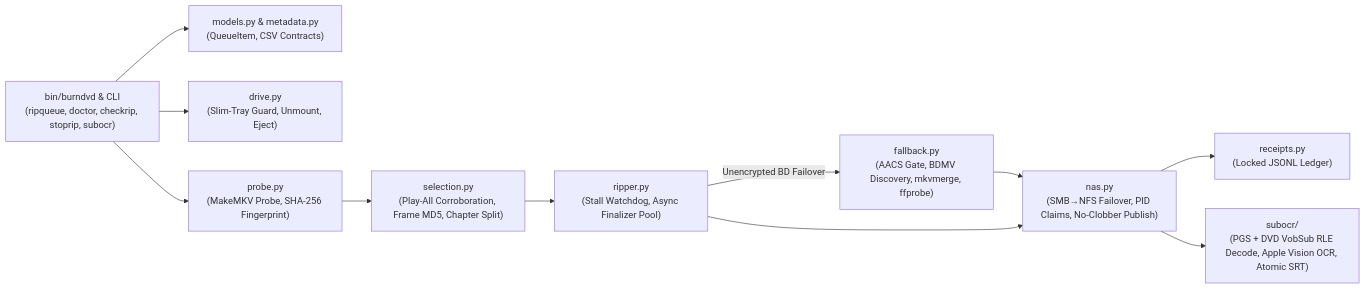
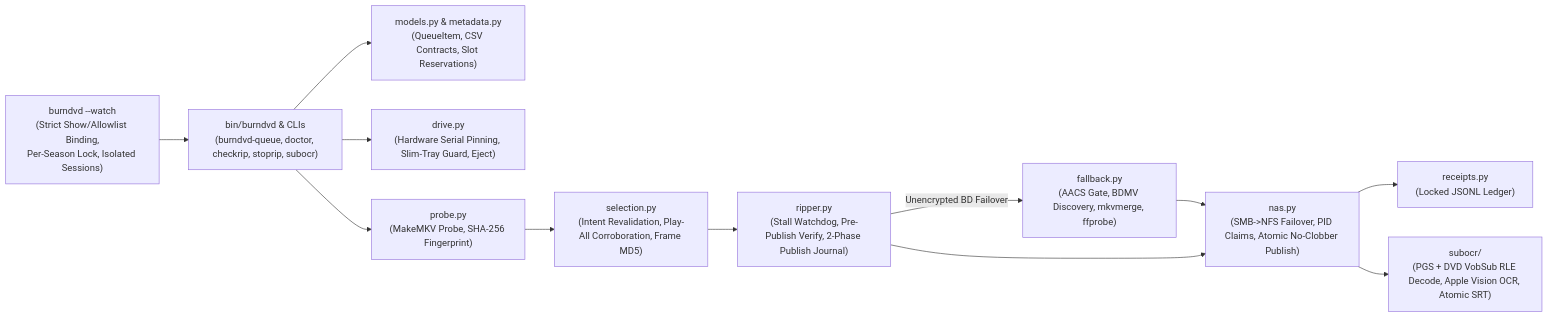
The diagram in README.md (trevorgordon981/burndvd-makemkv), drawn with Mermaid before and after one commit. The commit also changed other lines of this file and 11 other files, not shown here.

Commit message:
Harden Watch binding, publish crash recovery, and checkrip attribution/JSON

````diff
--- a/README.md
+++ b/README.md
@@ -11,13 +19,14 @@
 ```mermaid
 flowchart LR
-    CLI["bin/burndvd & CLI<br/>(ripqueue, doctor, checkrip, stoprip, subocr)"] --> Models["models.py & metadata.py<br/>(QueueItem, CSV Contracts)"]
-    CLI --> Drive["drive.py<br/>(Slim-Tray Guard, Unmount, Eject)"]
+    Watch["burndvd --watch<br/>(Strict Show/Allowlist Binding,<br/>Per-Season Lock, Isolated Sessions)"] --> CLI
+    CLI["bin/burndvd & CLIs<br/>(burndvd-queue, doctor, checkrip, stoprip, subocr)"] --> Models["models.py & metadata.py<br/>(QueueItem, CSV Contracts, Slot Reservations)"]
+    CLI --> Drive["drive.py<br/>(Hardware Serial Pinning, Slim-Tray Guard, Eject)"]
     CLI --> Probe["probe.py<br/>(MakeMKV Probe, SHA-256 Fingerprint)"]
-    Probe --> Select["selection.py<br/>(Play-All Corroboration, Frame MD5, Chapter Split)"]
-    Select --> Ripper["ripper.py<br/>(Stall Watchdog, Async Finalizer Pool)"]
+    Probe --> Select["selection.py<br/>(Intent Revalidation, Play-All Corroboration, Frame MD5)"]
+    Select --> Ripper["ripper.py<br/>(Stall Watchdog, Pre-Publish Verify, 2-Phase Publish Journal)"]
     Ripper -- "Unencrypted BD Failover" --> Fallback["fallback.py<br/>(AACS Gate, BDMV Discovery, mkvmerge, ffprobe)"]
-    Fallback --> NAS["nas.py<br/>(SMB→NFS Failover, PID Claims, No-Clobber Publish)"]
+    Fallback --> NAS["nas.py<br/>(SMB->NFS Failover, PID Claims, Atomic No-Clobber Publish)"]
     Ripper --> NAS
     NAS --> Receipts["receipts.py<br/>(Locked JSONL Ledger)"]
     NAS --> SubOCR["subocr/<br/>(PGS + DVD VobSub RLE Decode, Apple Vision OCR, Atomic SRT)"]
 ```
````
